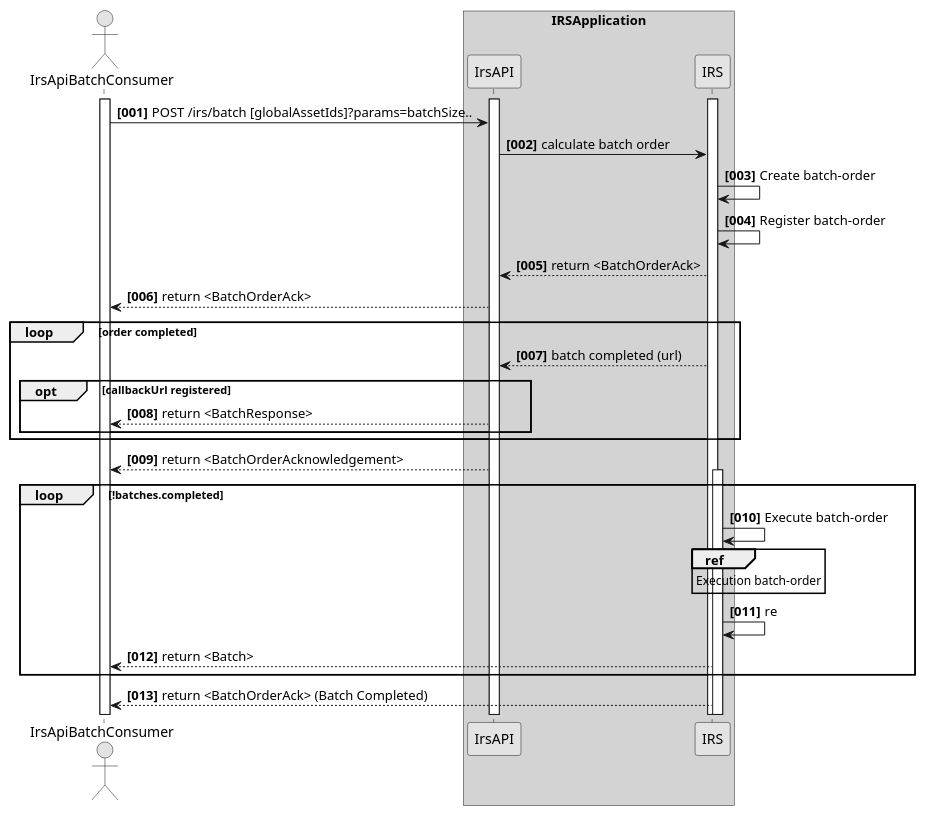
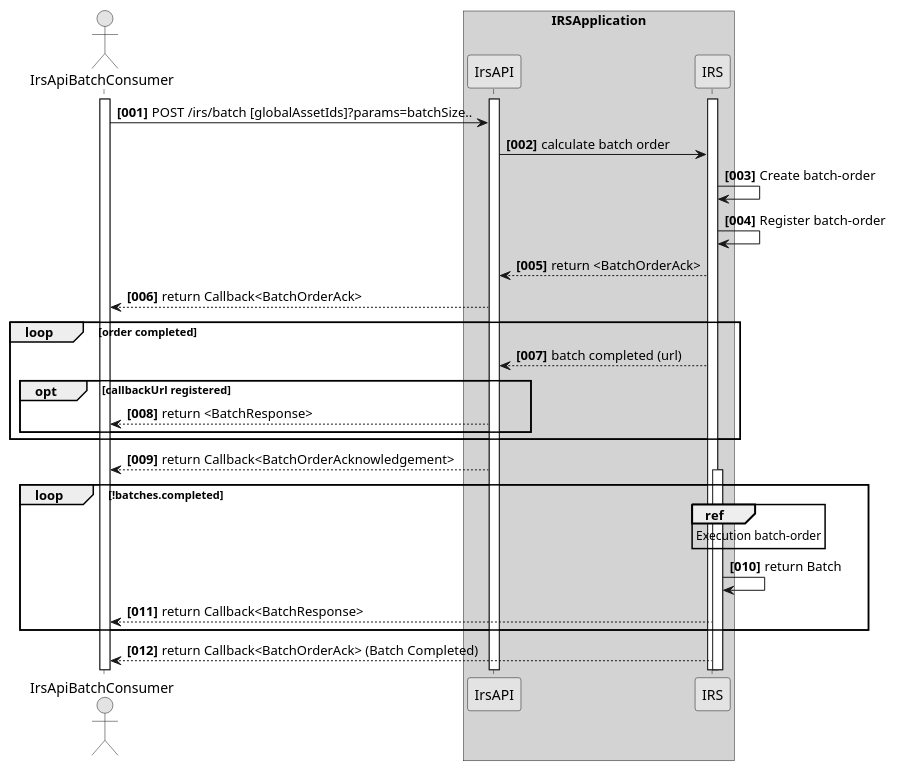
Before and after one commit to catenax-ng/tx-item-relationship-service: the diagram in docs/src/uml-diagrams/TRI-789-batch-processing/order-processing.puml, drawn with PlantUML.

Commit message:
doc(uml):[TRI-789] wip on order-processing

```diff
--- a/docs/src/uml-diagrams/TRI-789-batch-processing/order-processing.puml
+++ b/docs/src/uml-diagrams/TRI-789-batch-processing/order-processing.puml
@@ -1,48 +1,47 @@
 @startuml
 skinparam monochrome true
 skinparam shadowing false
 autonumber "<b>[000]"
 
 actor IrsApiBatchConsumer
 activate IrsApiBatchConsumer
 
 
 box "IRSApplication" #LightGrey
 participant IrsAPI
 activate IrsAPI
 participant IRS
 activate IRS
 
 IrsApiBatchConsumer -> IrsAPI : POST /irs/batch [globalAssetIds]?params=batchSize..
 IrsAPI -> IRS : calculate batch order
 IRS -> IRS : Create batch-order
 IRS -> IRS : Register batch-order
 IrsAPI <-- IRS : return <BatchOrderAck>
 
-IrsApiBatchConsumer <-- IrsAPI : return <BatchOrderAck>
+IrsApiBatchConsumer <-- IrsAPI : return Callback<BatchOrderAck>
 
 
 
 
 loop order completed
     IrsAPI <-- IRS : batch completed (url)
 
     opt callbackUrl registered
         IrsApiBatchConsumer <-- IrsAPI : return <BatchResponse>
     end
 end
 
-IrsApiBatchConsumer <-- IrsAPI : return <BatchOrderAcknowledgement>
+IrsApiBatchConsumer <-- IrsAPI : return Callback<BatchOrderAcknowledgement>
 
 loop !batches.completed
 activate IRS #White
-IRS -> IRS : Execute batch-order
 ref over IRS
     Execution batch-order
 end ref
-IRS -> IRS : re
-IrsApiBatchConsumer <-- IRS : return <Batch>
+IRS -> IRS : return Batch
+IrsApiBatchConsumer <-- IRS : return Callback<BatchResponse>
 end loop
 
-IrsApiBatchConsumer <-- IRS : return <BatchOrderAck> (Batch Completed)
+IrsApiBatchConsumer <-- IRS : return Callback<BatchOrderAck> (Batch Completed)
 @enduml
```
